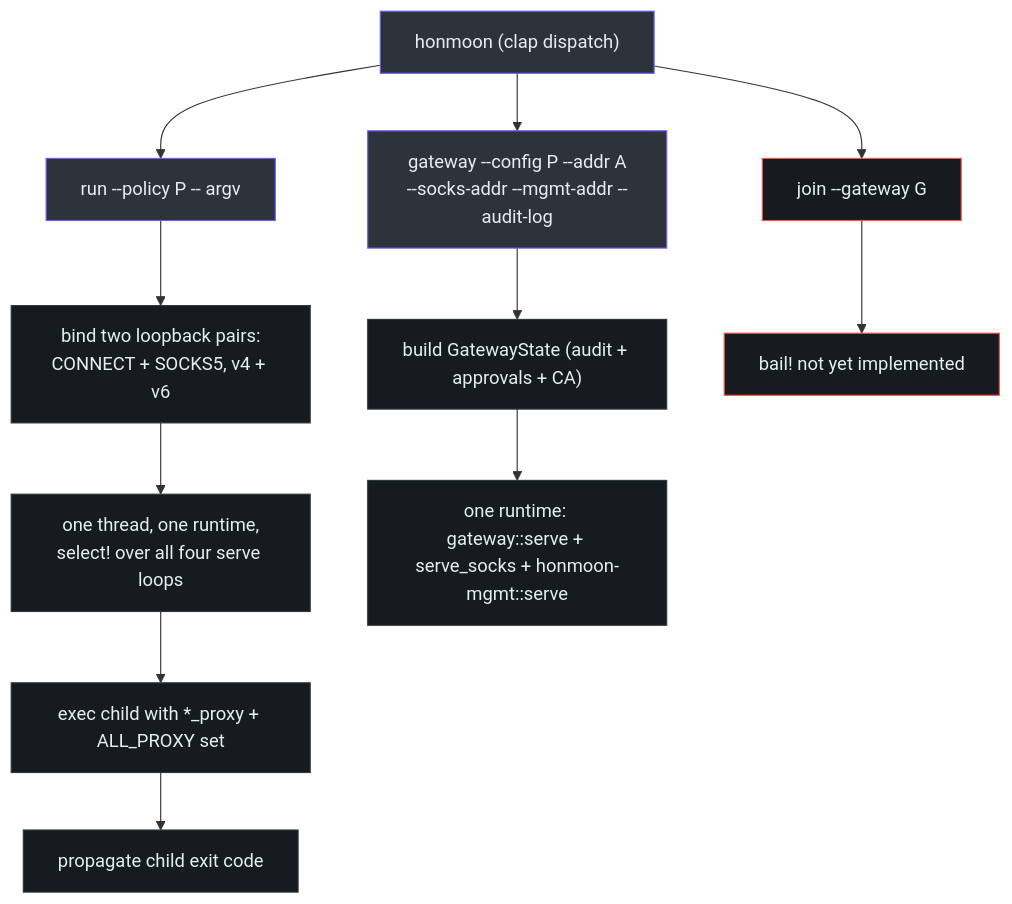
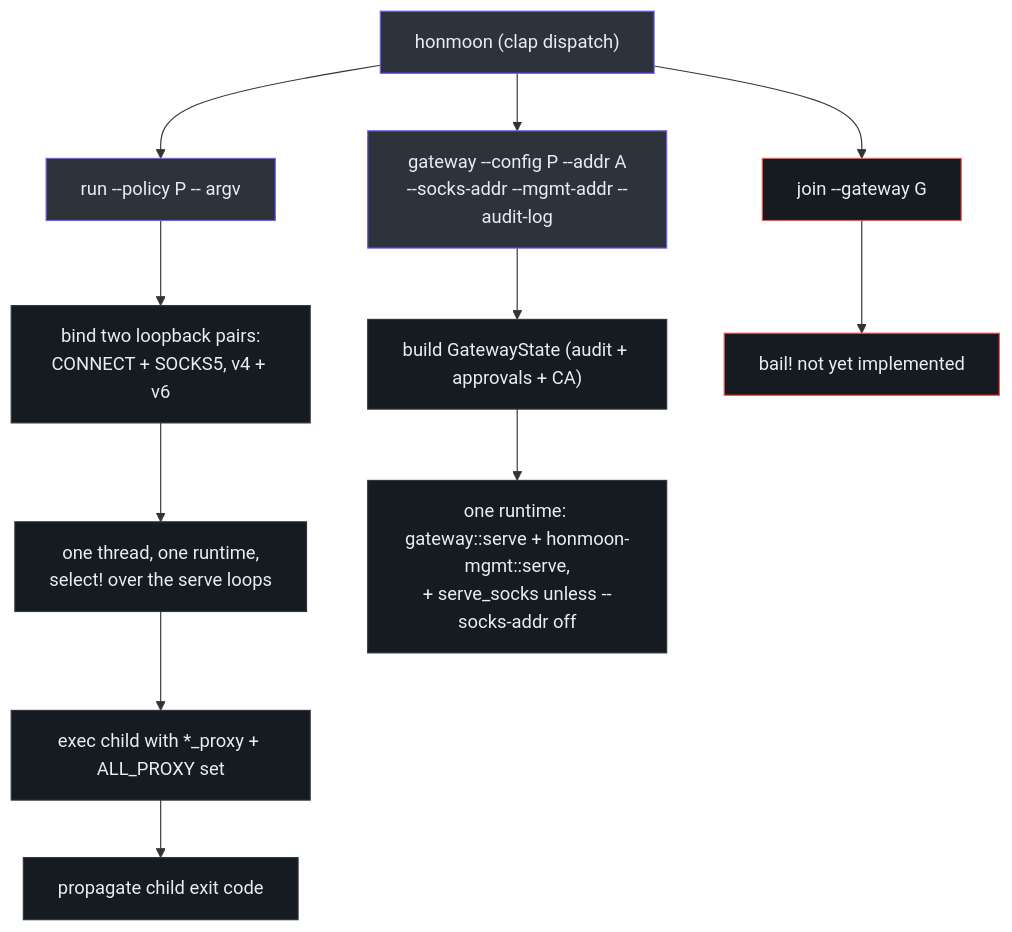
The third of 3 diagrams in wiki/deep-dive/egress-gateway.md (pleaseai/honmoon), drawn with Mermaid before and after one commit. The commit also changed other lines of this file and 1 other file, not shown here.

````diff
--- a/wiki/deep-dive/egress-gateway.md
+++ b/wiki/deep-dive/egress-gateway.md
@@ -293,24 +294,24 @@
 ```mermaid
 flowchart TD
   main["honmoon (clap dispatch)"] --> run["run --policy P -- argv"]
   main --> gw["gateway --config P --addr A<br>--socks-addr --mgmt-addr --audit-log"]
   main --> join["join --gateway G"]
   run --> bind["bind two loopback pairs:<br>CONNECT + SOCKS5, v4 + v6"]
-  bind --> thread["one thread, one runtime,<br>select! over all four serve loops"]
+  bind --> thread["one thread, one runtime,<br>select! over the serve loops"]
   thread --> exec["exec child with *_proxy + ALL_PROXY set"]
   exec --> code["propagate child exit code"]
   gw --> gwstate["build GatewayState (audit + approvals + CA)"]
-  gwstate --> gwboth["one runtime: gateway::serve + serve_socks + honmoon-mgmt::serve"]
+  gwstate --> gwboth["one runtime: gateway::serve + honmoon-mgmt::serve,<br>+ serve_socks unless --socks-addr off"]
   join --> bail["bail! not yet implemented"]
   style main fill:#2d333b,stroke:#6d5dfc,color:#e6edf3
   style run fill:#2d333b,stroke:#6d5dfc,color:#e6edf3
   style gw fill:#2d333b,stroke:#6d5dfc,color:#e6edf3
   style join fill:#161b22,stroke:#f85149,color:#e6edf3
   style bail fill:#161b22,stroke:#f85149,color:#e6edf3
   style bind fill:#161b22,stroke:#30363d,color:#e6edf3
   style thread fill:#161b22,stroke:#30363d,color:#e6edf3
   style exec fill:#161b22,stroke:#30363d,color:#e6edf3
   style code fill:#161b22,stroke:#30363d,color:#e6edf3
   style gwstate fill:#161b22,stroke:#30363d,color:#e6edf3
   style gwboth fill:#161b22,stroke:#30363d,color:#e6edf3
 ```
````
